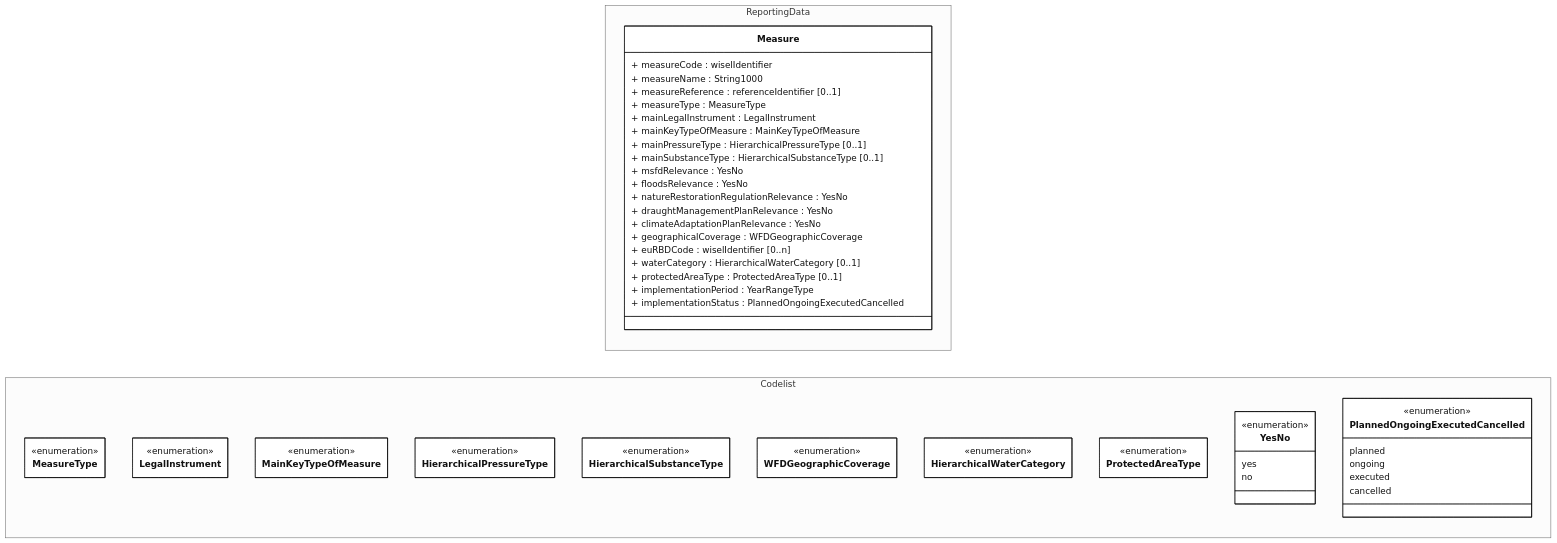
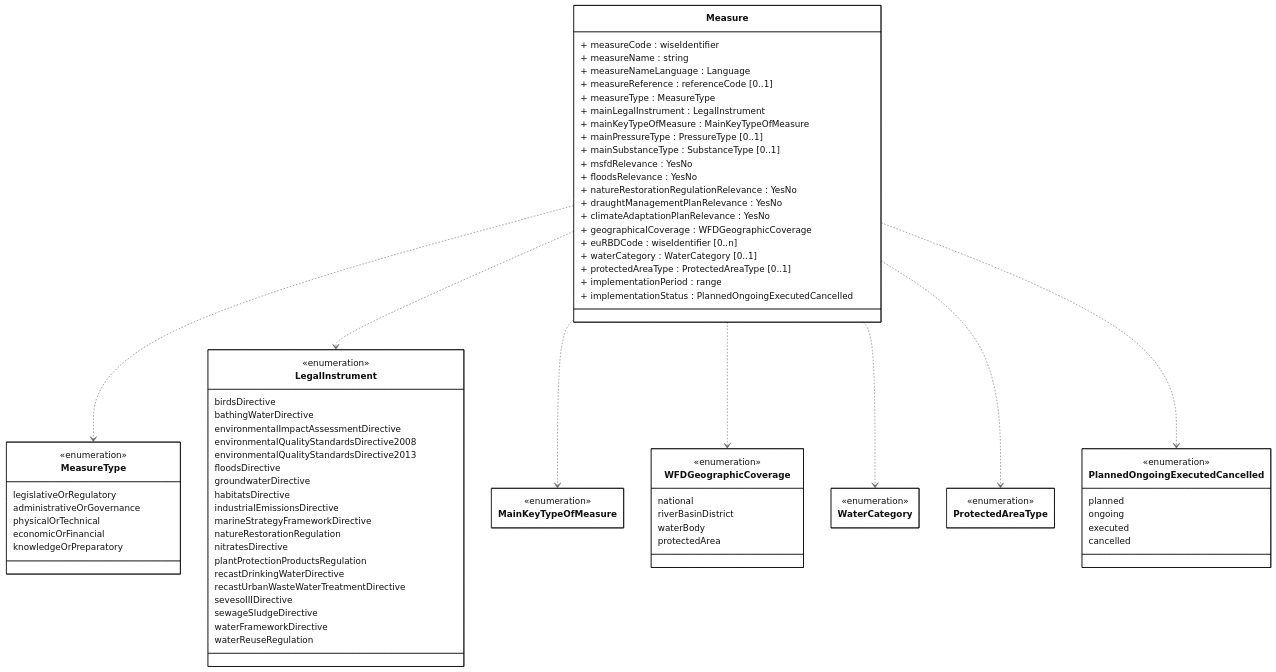
The diagram in docs/DataModelReview/mmd/Measures_4thCycle_Measure_ClassDiagram.mmd (eeadata/WISE.WFD.Documentation), drawn with Mermaid before and after one commit. The commit also changed 25 other files, not shown here.

```diff
--- a/docs/DataModelReview/mmd/Measures_4thCycle_Measure_ClassDiagram.mmd
+++ b/docs/DataModelReview/mmd/Measures_4thCycle_Measure_ClassDiagram.mmd
@@ -1,78 +1,104 @@
 ---
 config:
   class:
     hideEmptyMembersBox: true
   layout: dagre
   theme: neutral
 ---
 classDiagram
-direction LR
-namespace ReportingData{
+direction TB
+
 class Measure {
- + measureCode : wiselIdentifier
- + measureName : String1000
- + measureReference : referenceIdentifier [0..1]
+    + measureCode : wiseIdentifier
+    + measureName : string
+    + measureNameLanguage : Language
+    + measureReference : referenceCode [0..1]
 
- + measureType : MeasureType 
- + mainLegalInstrument : LegalInstrument
- + mainKeyTypeOfMeasure : MainKeyTypeOfMeasure
+    + measureType : MeasureType 
+    + mainLegalInstrument : LegalInstrument
+    + mainKeyTypeOfMeasure : MainKeyTypeOfMeasure
 
- + mainPressureType : HierarchicalPressureType [0..1]
- + mainSubstanceType : HierarchicalSubstanceType [0..1]
+    + mainPressureType : PressureType [0..1]
+    + mainSubstanceType : SubstanceType [0..1]
+    
+    + msfdRelevance : YesNo
+    + floodsRelevance : YesNo
+    + natureRestorationRegulationRelevance : YesNo
+    + draughtManagementPlanRelevance : YesNo
+    + climateAdaptationPlanRelevance : YesNo
 
- + msfdRelevance : YesNo
- + floodsRelevance : YesNo
- + natureRestorationRegulationRelevance : YesNo
- + draughtManagementPlanRelevance : YesNo
- + climateAdaptationPlanRelevance : YesNo
+    + geographicalCoverage : WFDGeographicCoverage
+    + euRBDCode : wiseIdentifier [0..n]
+    + waterCategory : WaterCategory [0..1]
+    + protectedAreaType : ProtectedAreaType [0..1]
 
- + geographicalCoverage : WFDGeographicCoverage
- + euRBDCode : wiselIdentifier [0..n]
- + waterCategory : HierarchicalWaterCategory [0..1]
- + protectedAreaType : ProtectedAreaType [0..1]
+    + implementationPeriod : range
+    + implementationStatus : PlannedOngoingExecutedCancelled
+}
 
- + implementationPeriod : YearRangeType
- + implementationStatus : PlannedOngoingExecutedCancelled
+class MeasureType{
+    <<enumeration>>
+    legislativeOrRegulatory
+    administrativeOrGovernance
+    physicalOrTechnical
+    economicOrFinancial
+    knowledgeOrPreparatory
 }
+class LegalInstrument{
+    <<enumeration>>
+    birdsDirective 
+    bathingWaterDirective
+    environmentalImpactAssessmentDirective
+    environmentalQualityStandardsDirective2008 
+    environmentalQualityStandardsDirective2013 
+    floodsDirective
+    groundwaterDirective 
+    habitatsDirective 
+    industrialEmissionsDirective
+    marineStrategyFrameworkDirective 
+    natureRestorationRegulation
+    nitratesDirective 
+    plantProtectionProductsRegulation
+    recastDrinkingWaterDirective
+    recastUrbanWasteWaterTreatmentDirective
+    sevesoIIIDirective 
+    sewageSludgeDirective 
+    waterFrameworkDirective
+    waterReuseRegulation
 }
-namespace Codelist{
-    class MeasureType{
-        <<enumeration>>
-    }
-    class LegalInstrument{
-        <<enumeration>>
-    }
-    class MainKeyTypeOfMeasure{
-        <<enumeration>>
-    }
-    class HierarchicalPressureType{
-        <<enumeration>>
-    }
-    class HierarchicalSubstanceType{
-        <<enumeration>>
-    }
-    class WFDGeographicCoverage{
-        <<enumeration>>
-    }
-    class HierarchicalWaterCategory{
-        <<enumeration>>
-    }
-    class ProtectedAreaType{
-        <<enumeration>>
-    }
-    class YesNo{
-        <<enumeration>>
-        yes
-        no
-    }
-    class PlannedOngoingExecutedCancelled{
-        <<enumeration>>
-        planned
-        ongoing
-        executed
-        cancelled
-    }
+class MainKeyTypeOfMeasure{
+    <<enumeration>>
 }
+
+class WFDGeographicCoverage{
+    <<enumeration>>
+    national
+    riverBasinDistrict
+    waterBody
+    protectedArea    
+}
+class WaterCategory{
+    <<enumeration>>
+}
+class ProtectedAreaType{
+    <<enumeration>>
+}
+
+class PlannedOngoingExecutedCancelled{
+    <<enumeration>>
+    planned
+    ongoing
+    executed
+    cancelled
+}
+
+Measure ..> MeasureType
+Measure ..> LegalInstrument
+Measure ..> MainKeyTypeOfMeasure
+Measure ..> WFDGeographicCoverage
+Measure ..> WaterCategory
+Measure ..> ProtectedAreaType
+Measure ..> PlannedOngoingExecutedCancelled
 
 classDef default fill:white,stroke:#000;
 classDef forFixing fill:white,stroke:#f00;
```
